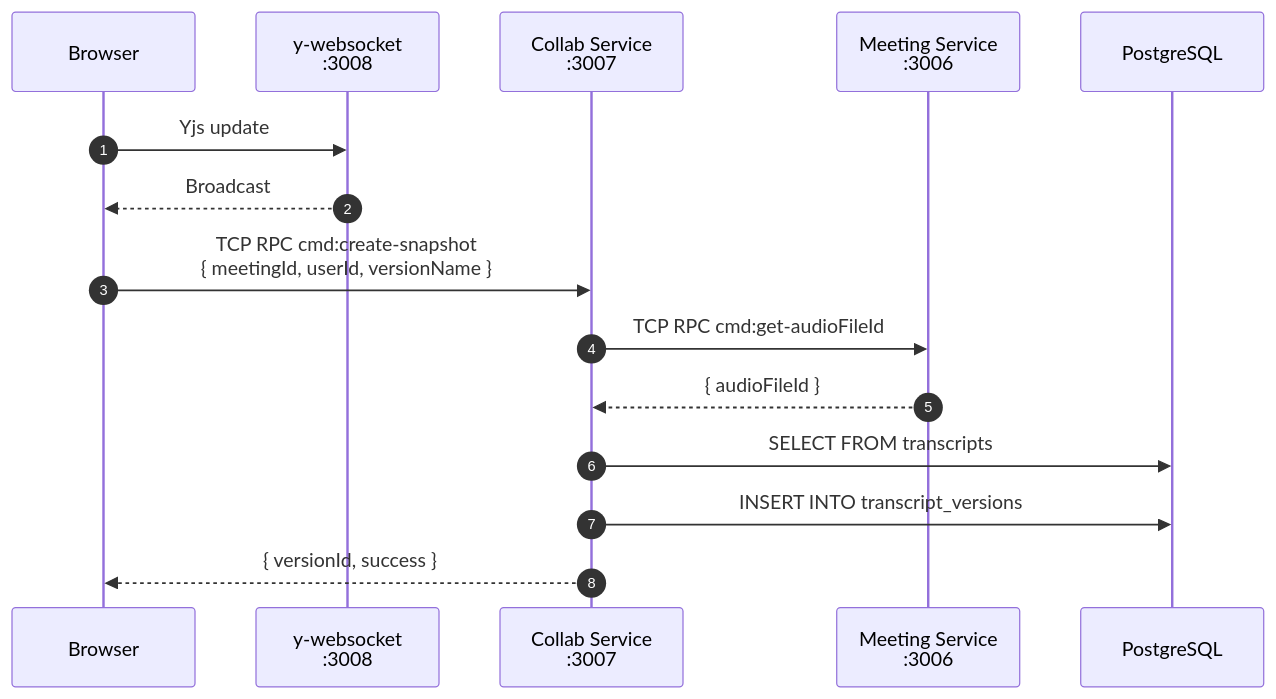
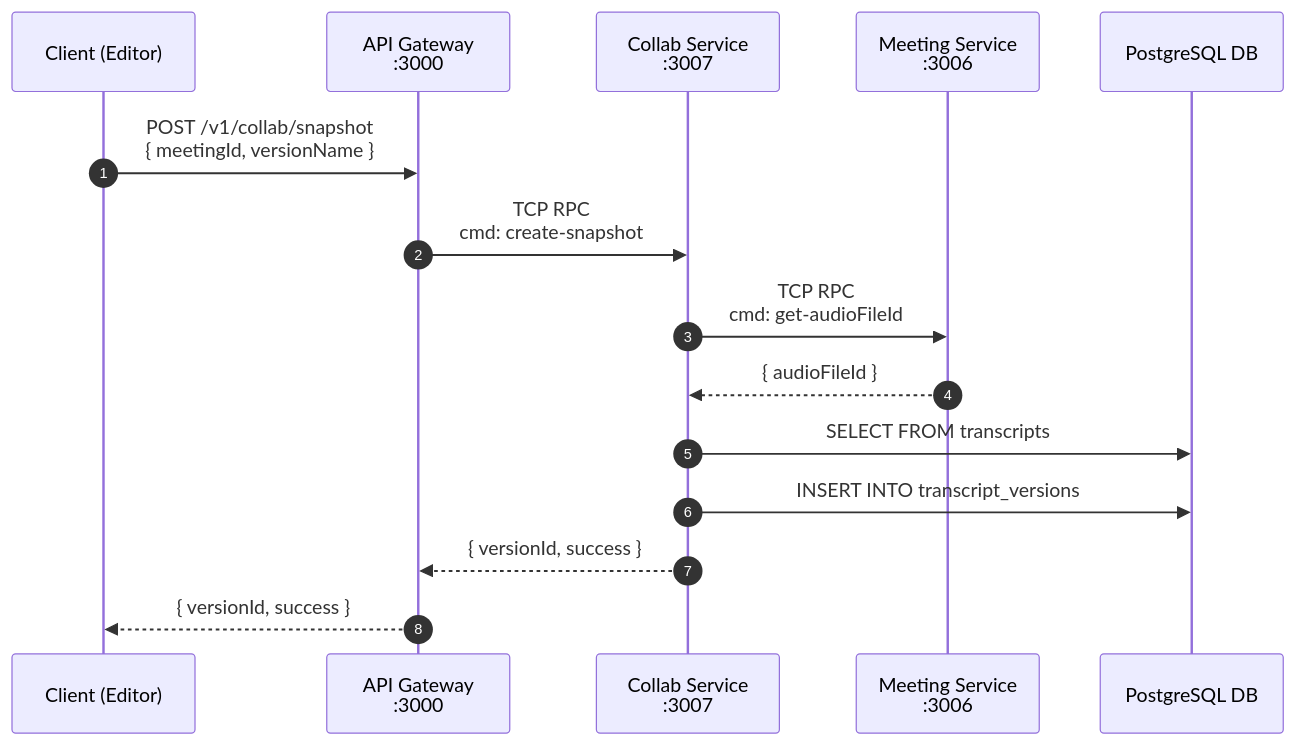
One commit to Yamaaaaaaaa/VDT_miniproject_TranscriptHub changed the fourth of 5 diagrams in documents/ms/collab_service/idea/architecture.md. Above: the diagram before and after it, drawn with Mermaid. The commit also changed other lines of this file and 31 other files, not shown here.

Commit message:
Collab Service - microservice code (service  với các api cơ bản, chưa có y-ws server)

````diff
--- a/documents/ms/collab_service/idea/architecture.md
+++ b/documents/ms/collab_service/idea/architecture.md
@@ -493,20 +210,18 @@
 ```mermaid
 sequenceDiagram
     autonumber
-    participant Browser as Browser
-    participant WSS as y-websocket<br/>:3008
-    participant CollabAPI as Collab Service<br/>:3007
+    participant Client as Client (Editor)
+    participant APIGateway as API Gateway<br/>:3000
+    participant Collab as Collab Service<br/>:3007
     participant Meeting as Meeting Service<br/>:3006
-    participant PG as PostgreSQL
+    participant PG as PostgreSQL DB
 
-    Browser->>WSS: Yjs update
-    WSS-->>Browser: Broadcast
-
-    Browser->>CollabAPI: TCP RPC cmd:create-snapshot<br/>{ meetingId, userId, versionName }
-
-    CollabAPI->>Meeting: TCP RPC cmd:get-audioFileId
-    Meeting-->>CollabAPI: { audioFileId }
-    CollabAPI->>PG: SELECT FROM transcripts
-    CollabAPI->>PG: INSERT INTO transcript_versions
-    CollabAPI-->>Browser: { versionId, success }
+    Client->>APIGateway: POST /v1/collab/snapshot<br/>{ meetingId, versionName }
+    APIGateway->>Collab: TCP RPC<br/>cmd: create-snapshot
+    Collab->>Meeting: TCP RPC<br/>cmd: get-audioFileId
+    Meeting-->>Collab: { audioFileId }
+    Collab->>PG: SELECT FROM transcripts
+    Collab->>PG: INSERT INTO transcript_versions
+    Collab-->>APIGateway: { versionId, success }
+    APIGateway-->>Client: { versionId, success }
 ```
````
